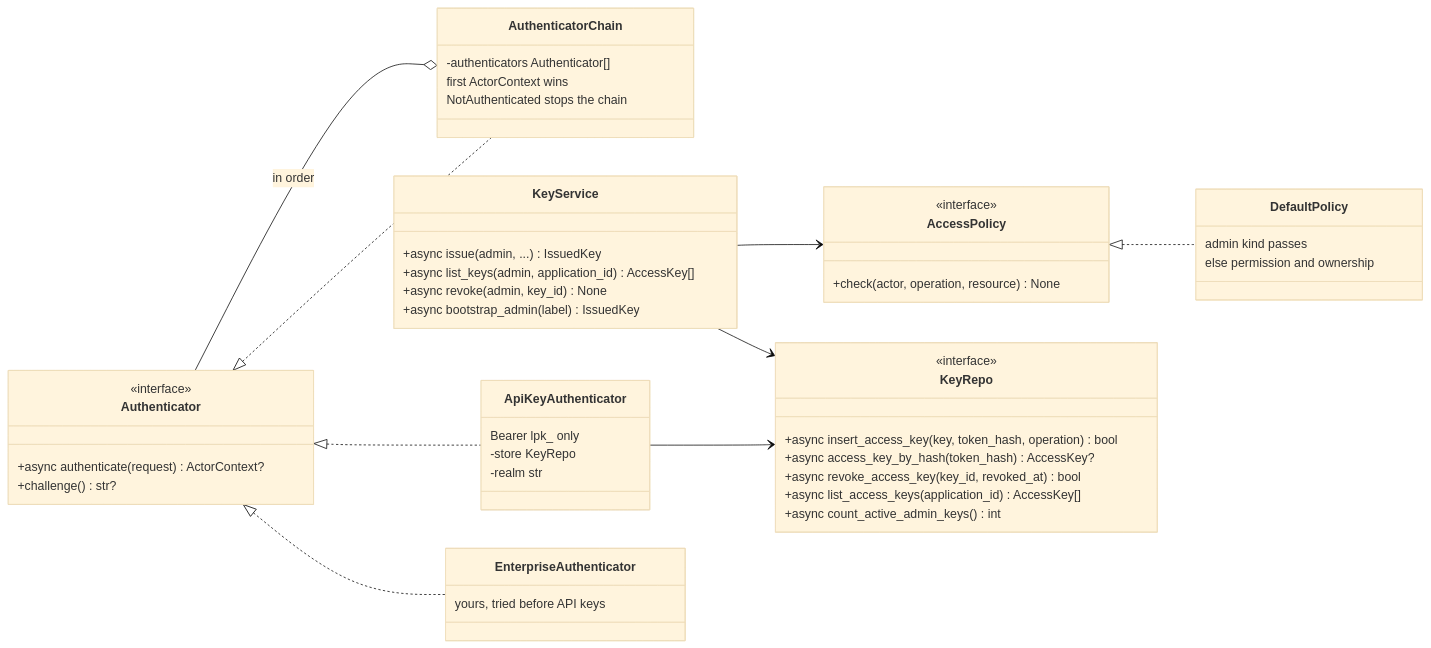
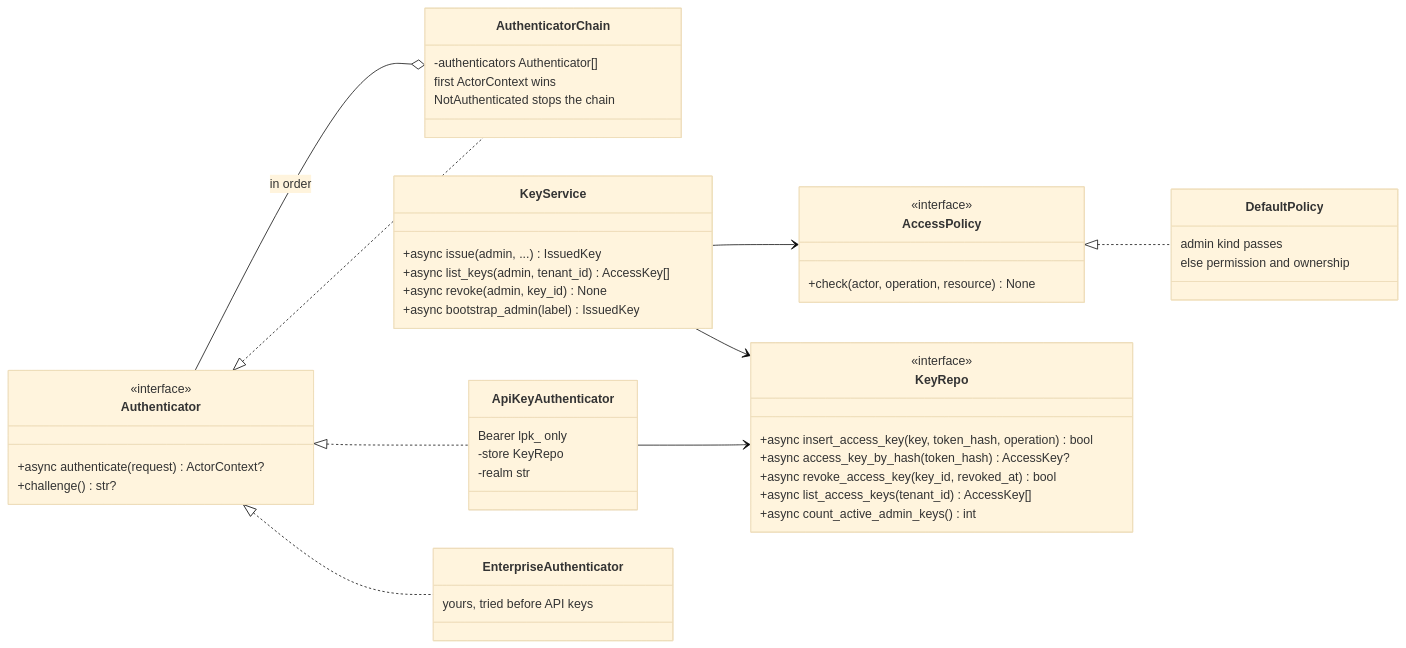
One commit to NE-Build-Track/livepeer-builder-core changed the third of 16 diagrams in docs/design-docs/interfaces-and-http-servers.md. Above: the diagram before and after it, drawn with Mermaid (base theme). The commit also changed other lines of this file and 113 other files, not shown here.

First line of the commit message:
refactor(api)!: application_id becomes tenant_id, in records too (#163)

````diff
--- a/docs/design-docs/interfaces-and-http-servers.md
+++ b/docs/design-docs/interfaces-and-http-servers.md
@@ -196,52 +196,52 @@
 ```mermaid
 classDiagram
     direction LR
     class Authenticator {
         <<interface>>
         +async authenticate(request) ActorContext?
         +challenge() str?
     }
     class AccessPolicy {
         <<interface>>
         +check(actor, operation, resource) None
     }
     class KeyRepo {
         <<interface>>
         +async insert_access_key(key, token_hash, operation) bool
         +async access_key_by_hash(token_hash) AccessKey?
         +async revoke_access_key(key_id, revoked_at) bool
-        +async list_access_keys(application_id) AccessKey[]
+        +async list_access_keys(tenant_id) AccessKey[]
         +async count_active_admin_keys() int
     }
     class AuthenticatorChain {
         -authenticators Authenticator[]
         first ActorContext wins
         NotAuthenticated stops the chain
     }
     class ApiKeyAuthenticator {
         Bearer lpk_ only
         -store KeyRepo
         -realm str
     }
     class DefaultPolicy {
         admin kind passes
         else permission and ownership
     }
     class KeyService {
         +async issue(admin, ...) IssuedKey
-        +async list_keys(admin, application_id) AccessKey[]
+        +async list_keys(admin, tenant_id) AccessKey[]
         +async revoke(admin, key_id) None
         +async bootstrap_admin(label) IssuedKey
     }
     class EnterpriseAuthenticator {
         yours, tried before API keys
     }
     Authenticator <|.. AuthenticatorChain
     Authenticator <|.. ApiKeyAuthenticator
     Authenticator <|.. EnterpriseAuthenticator
     AuthenticatorChain o-- Authenticator : in order
     ApiKeyAuthenticator --> KeyRepo
     KeyService --> KeyRepo
     KeyService --> AccessPolicy
     AccessPolicy <|.. DefaultPolicy
 ```
````
